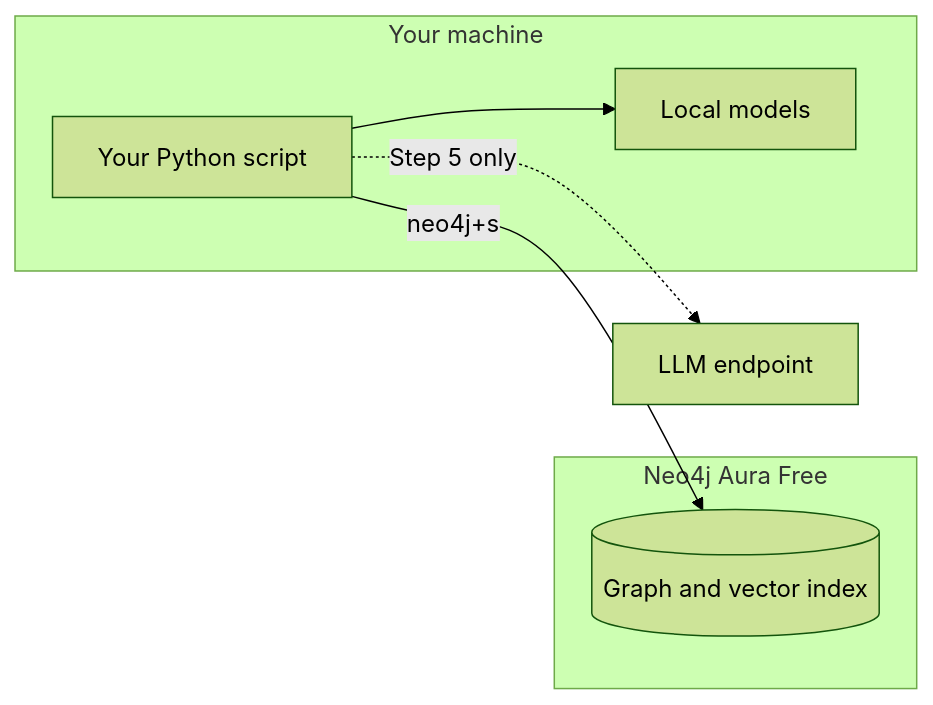
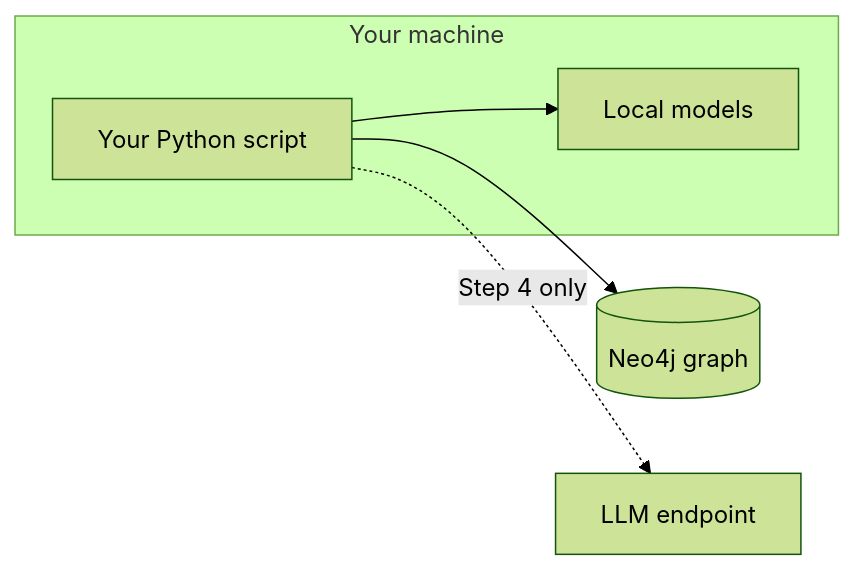
One commit to ontogr/agentic-graphrag changed the diagram in docs/docs/get-started/quickstart.mdx. Above: the diagram before and after it, drawn with Mermaid (forest theme). The commit also changed other lines of this file, not shown here.

````diff
--- a/docs/docs/get-started/quickstart.mdx
+++ b/docs/docs/get-started/quickstart.mdx
@@ -22,14 +22,12 @@
 ```mermaid
 flowchart LR
     subgraph you[Your machine]
         script[Your Python script]
         models[Local models]
     end
-    subgraph cloud[Neo4j Aura Free]
-        db[(Graph and vector index)]
-    end
+    db[(Neo4j graph)]
     llm[LLM endpoint]
     script --> models
-    script -->|neo4j+s| db
-    script -.->|Step 5 only| llm
+    script --> db
+    script -.->|Step 4 only| llm
 ```
````
